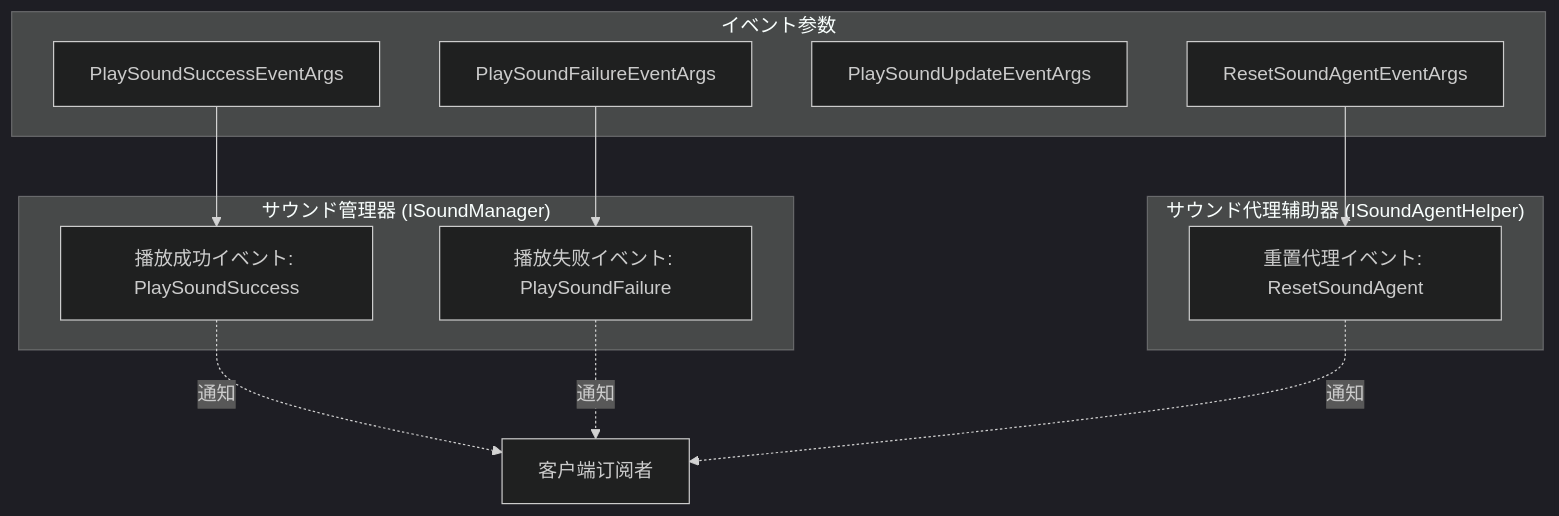
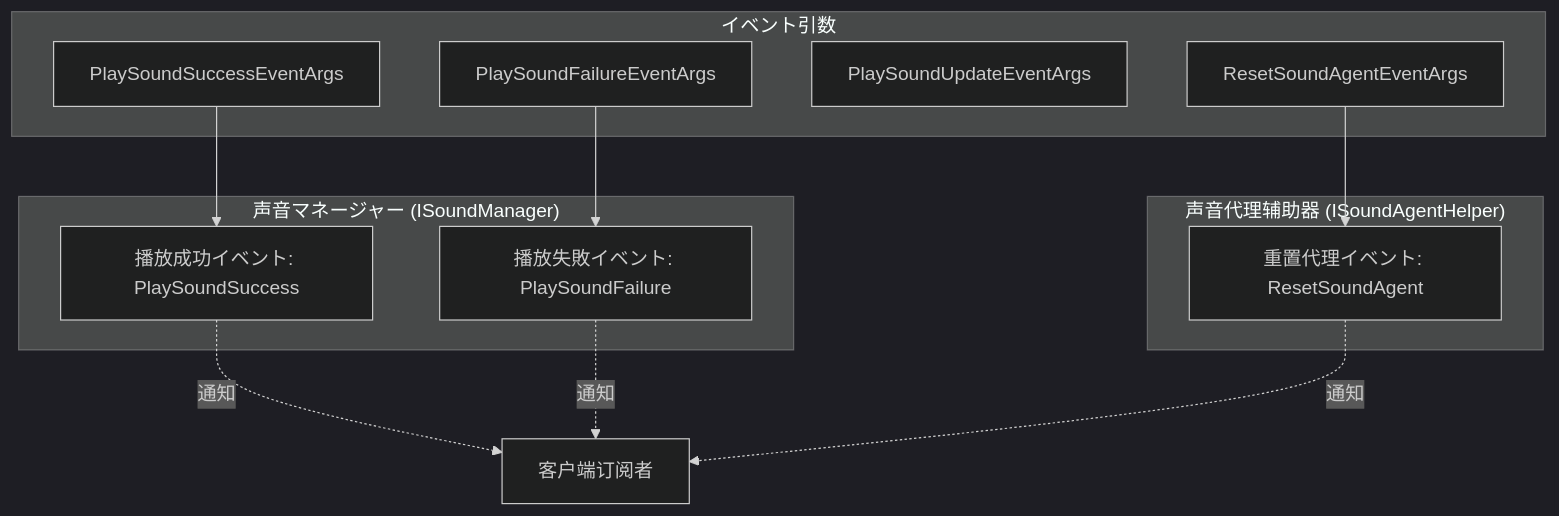
Before and after one commit to AlianBlank/GameFrameX.Docs: the second of 3 diagrams in docs/ja/client/unity/component/sound/09.event-args.md, drawn with Mermaid (dark theme). The commit also changed other lines of this file and 320 other files, not shown here.

````diff
--- a/docs/ja/client/unity/component/sound/09.event-args.md
+++ b/docs/ja/client/unity/component/sound/09.event-args.md
@@ -70,26 +70,26 @@
 ```mermaid
 flowchart TD
-    subgraph SoundManager["サウンド管理器 (ISoundManager)"]
+    subgraph SoundManager["声音マネージャー (ISoundManager)"]
         PlaySuccess["播放成功イベント: PlaySoundSuccess"]
-        PlayFailure["播放失败イベント: PlaySoundFailure"]
+        PlayFailure["播放失敗イベント: PlaySoundFailure"]
     end
     
-    subgraph SoundAgentHelper["サウンド代理辅助器 (ISoundAgentHelper)"]
+    subgraph SoundAgentHelper["声音代理辅助器 (ISoundAgentHelper)"]
         ResetAgent["重置代理イベント: ResetSoundAgent"]
     end
     
-    subgraph EventArgs["イベント参数"]
+    subgraph EventArgs["イベント引数"]
         PSSE["PlaySoundSuccessEventArgs"]
         PSFE["PlaySoundFailureEventArgs"]
         PSUE["PlaySoundUpdateEventArgs"]
         RSE["ResetSoundAgentEventArgs"]
     end
     
     PSSE --> PlaySuccess
     PSFE --> PlayFailure
     RSE --> ResetAgent
     
     PlaySuccess -.->|通知| Client["客户端订阅者"]
     PlayFailure -.->|通知| Client
     ResetAgent -.->|通知| Client
 ```
````
